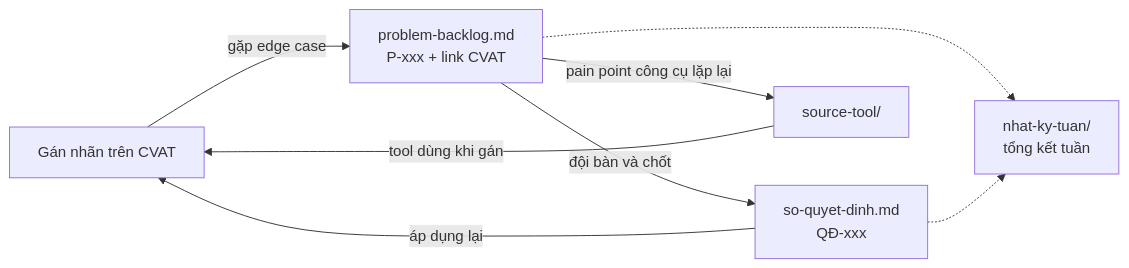
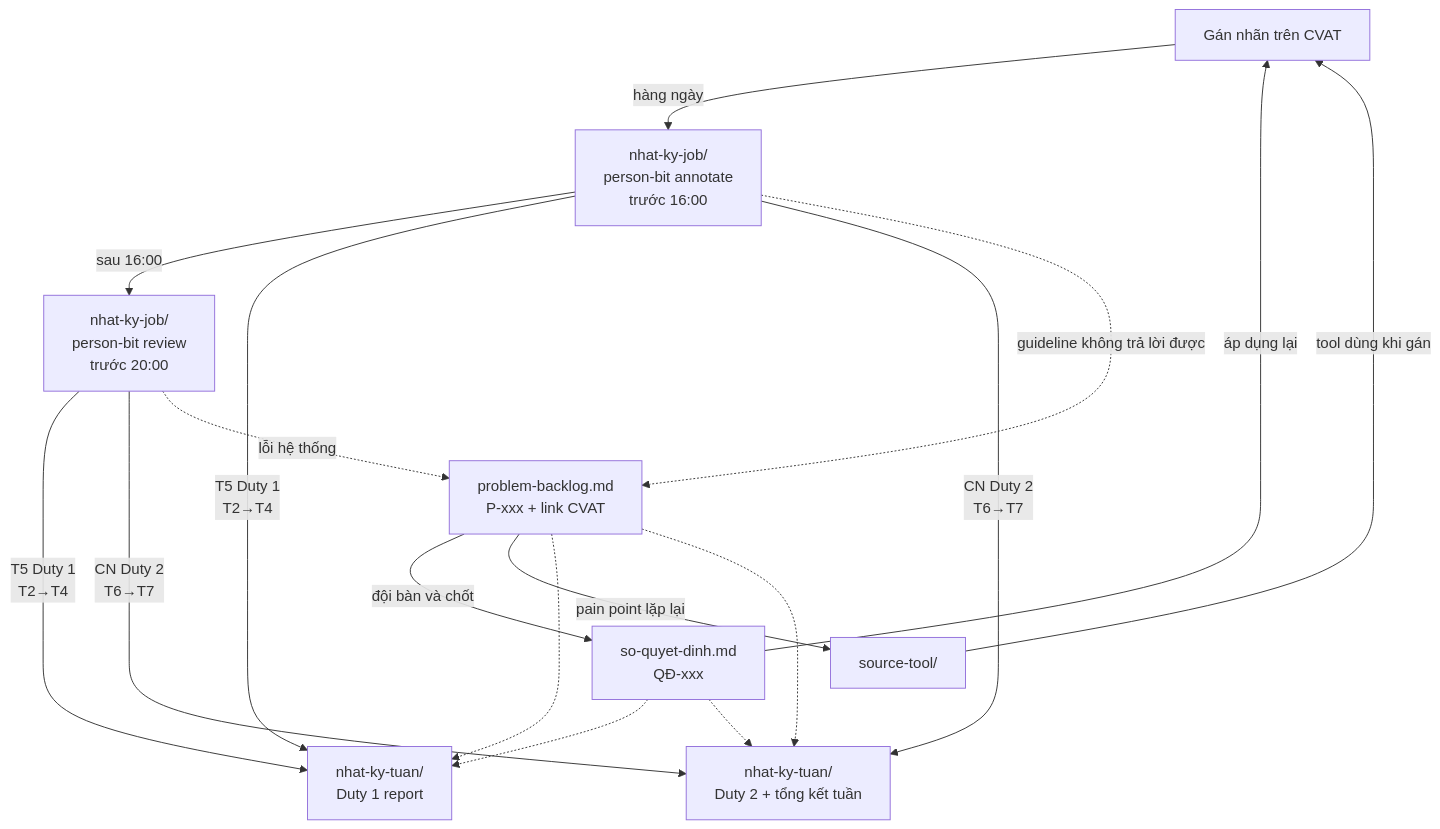
Before and after one commit to hahahuy/week1-2D: the diagram in README.md, drawn with Mermaid. The commit also changed other lines of this file and 9 other files, not shown here.

First line of the commit message:
feat: person-bit template + duty reports + round-robin 3-week structure

````diff
--- a/README.md
+++ b/README.md
@@ -19,10 +23,15 @@
 ```mermaid
-flowchart LR
-    A[Gán nhãn trên CVAT] -->|gặp edge case| B[problem-backlog.md<br/>P-xxx + link CVAT]
+flowchart TB
+    A[Gán nhãn trên CVAT] -->|hàng ngày| P1[nhat-ky-job/<br/>person-bit annotate<br/>trước 16:00]
+    P1 -->|sau 16:00| P2[nhat-ky-job/<br/>person-bit review<br/>trước 20:00]
+    P1 & P2 -->|T5 Duty 1<br/>T2→T4| D1[nhat-ky-tuan/<br/>Duty 1 report]
+    P1 & P2 -->|CN Duty 2<br/>T6→T7| D2[nhat-ky-tuan/<br/>Duty 2 + tổng kết tuần]
+    P1 -.->|guideline không trả lời được| B[problem-backlog.md<br/>P-xxx + link CVAT]
+    P2 -.->|lỗi hệ thống| B
     B -->|đội bàn và chốt| C[so-quyet-dinh.md<br/>QĐ-xxx]
     C -->|áp dụng lại| A
-    B -->|pain point công cụ lặp lại| D[source-tool/]
+    B -->|pain point lặp lại| D[source-tool/]
     D -->|tool dùng khi gán| A
-    B -.-> E[nhat-ky-tuan/<br/>tổng kết tuần]
-    C -.-> E
+    B -.-> D1 & D2
+    C -.-> D1 & D2
 ```
````
